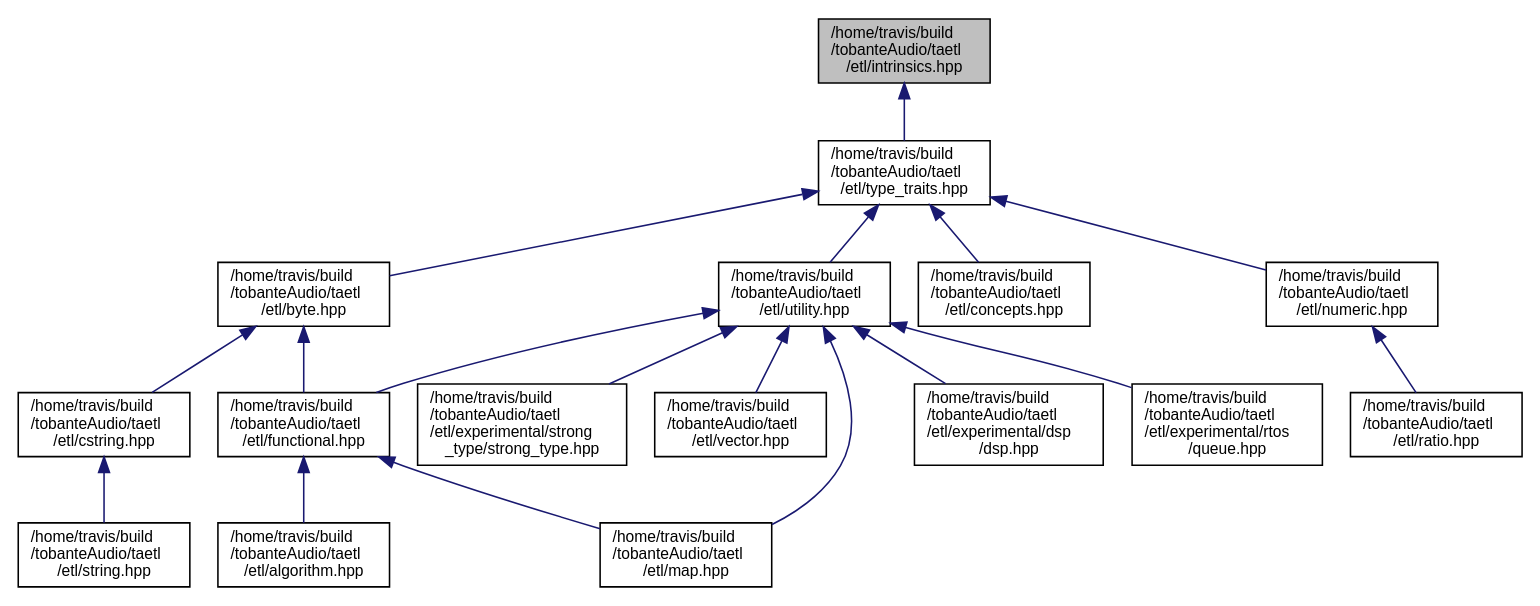
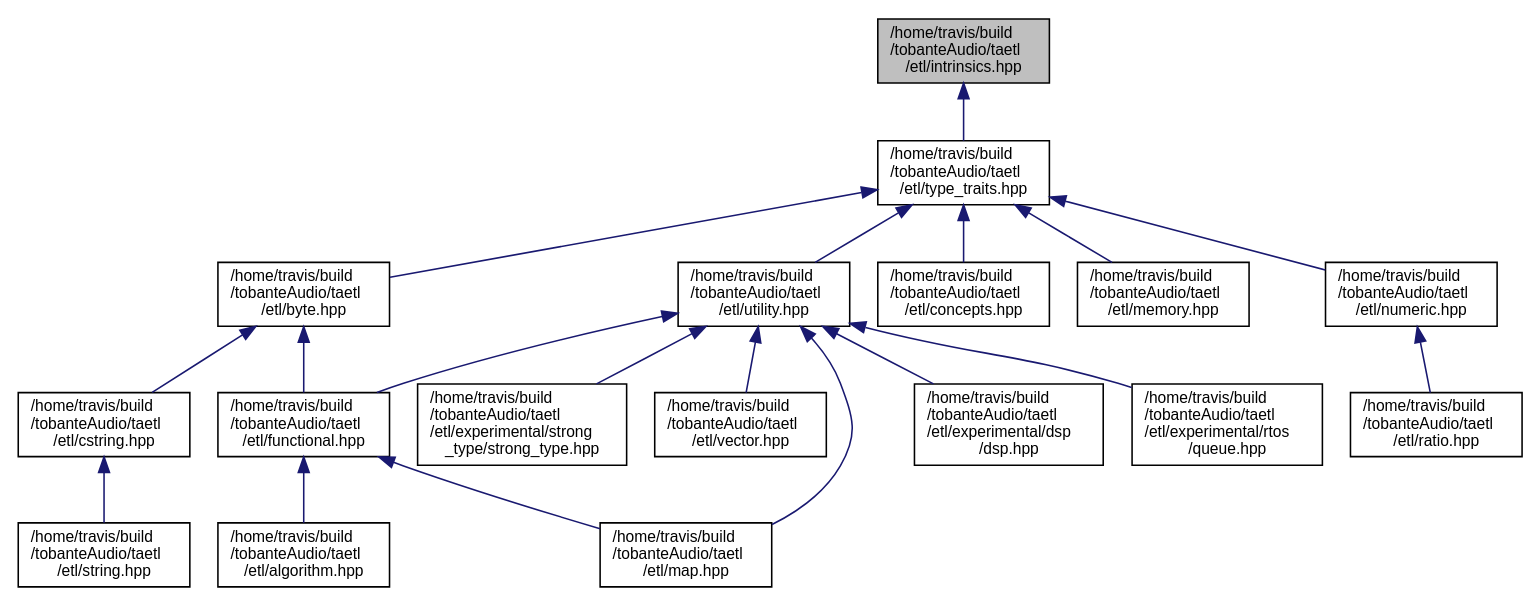
The diagram in intrinsics_8hpp__dep__incl.dot (tobanteAudio/taetl), drawn with Graphviz before and after one commit. The commit also changed 113 other files, not shown here.

Commit message:
Deploy tobanteAudio/taetl to github.com/tobanteAudio/taetl.git:gh-pages

```diff
--- a/intrinsics_8hpp__dep__incl.dot
+++ b/intrinsics_8hpp__dep__incl.dot
@@ -1,38 +1,40 @@
 digraph "/home/travis/build/tobanteAudio/taetl/etl/intrinsics.hpp"
 {
   edge [fontname="Helvetica",fontsize="10",labelfontname="Helvetica",labelfontsize="10"];
   node [fontname="Helvetica",fontsize="10",shape=record];
   Node1 [label="/home/travis/build\l/tobanteAudio/taetl\l/etl/intrinsics.hpp",height=0.2,width=0.4,color="black", fillcolor="grey75", style="filled", fontcolor="black"];
   Node1 -> Node2 [dir="back",color="midnightblue",fontsize="10",style="solid",fontname="Helvetica"];
   Node2 [label="/home/travis/build\l/tobanteAudio/taetl\l/etl/type_traits.hpp",height=0.2,width=0.4,color="black", fillcolor="white", style="filled",URL="$type__traits_8hpp.html"];
   Node2 -> Node3 [dir="back",color="midnightblue",fontsize="10",style="solid",fontname="Helvetica"];
   Node3 [label="/home/travis/build\l/tobanteAudio/taetl\l/etl/byte.hpp",height=0.2,width=0.4,color="black", fillcolor="white", style="filled",URL="$byte_8hpp.html"];
   Node3 -> Node4 [dir="back",color="midnightblue",fontsize="10",style="solid",fontname="Helvetica"];
   Node4 [label="/home/travis/build\l/tobanteAudio/taetl\l/etl/functional.hpp",height=0.2,width=0.4,color="black", fillcolor="white", style="filled",URL="$functional_8hpp.html"];
   Node4 -> Node5 [dir="back",color="midnightblue",fontsize="10",style="solid",fontname="Helvetica"];
   Node5 [label="/home/travis/build\l/tobanteAudio/taetl\l/etl/algorithm.hpp",height=0.2,width=0.4,color="black", fillcolor="white", style="filled",URL="$algorithm_8hpp.html"];
   Node4 -> Node6 [dir="back",color="midnightblue",fontsize="10",style="solid",fontname="Helvetica"];
   Node6 [label="/home/travis/build\l/tobanteAudio/taetl\l/etl/map.hpp",height=0.2,width=0.4,color="black", fillcolor="white", style="filled",URL="$map_8hpp.html"];
   Node3 -> Node7 [dir="back",color="midnightblue",fontsize="10",style="solid",fontname="Helvetica"];
   Node7 [label="/home/travis/build\l/tobanteAudio/taetl\l/etl/cstring.hpp",height=0.2,width=0.4,color="black", fillcolor="white", style="filled",URL="$cstring_8hpp.html"];
   Node7 -> Node8 [dir="back",color="midnightblue",fontsize="10",style="solid",fontname="Helvetica"];
   Node8 [label="/home/travis/build\l/tobanteAudio/taetl\l/etl/string.hpp",height=0.2,width=0.4,color="black", fillcolor="white", style="filled",URL="$string_8hpp.html"];
   Node2 -> Node9 [dir="back",color="midnightblue",fontsize="10",style="solid",fontname="Helvetica"];
   Node9 [label="/home/travis/build\l/tobanteAudio/taetl\l/etl/utility.hpp",height=0.2,width=0.4,color="black", fillcolor="white", style="filled",URL="$utility_8hpp.html"];
   Node9 -> Node4 [dir="back",color="midnightblue",fontsize="10",style="solid",fontname="Helvetica"];
   Node9 -> Node10 [dir="back",color="midnightblue",fontsize="10",style="solid",fontname="Helvetica"];
   Node10 [label="/home/travis/build\l/tobanteAudio/taetl\l/etl/experimental/dsp\l/dsp.hpp",height=0.2,width=0.4,color="black", fillcolor="white", style="filled",URL="$dsp_8hpp.html"];
   Node9 -> Node11 [dir="back",color="midnightblue",fontsize="10",style="solid",fontname="Helvetica"];
   Node11 [label="/home/travis/build\l/tobanteAudio/taetl\l/etl/experimental/rtos\l/queue.hpp",height=0.2,width=0.4,color="black", fillcolor="white", style="filled",URL="$queue_8hpp.html"];
   Node9 -> Node12 [dir="back",color="midnightblue",fontsize="10",style="solid",fontname="Helvetica"];
   Node12 [label="/home/travis/build\l/tobanteAudio/taetl\l/etl/experimental/strong\l_type/strong_type.hpp",height=0.2,width=0.4,color="black", fillcolor="white", style="filled",URL="$strong__type_8hpp.html"];
   Node9 -> Node6 [dir="back",color="midnightblue",fontsize="10",style="solid",fontname="Helvetica"];
   Node9 -> Node13 [dir="back",color="midnightblue",fontsize="10",style="solid",fontname="Helvetica"];
   Node13 [label="/home/travis/build\l/tobanteAudio/taetl\l/etl/vector.hpp",height=0.2,width=0.4,color="black", fillcolor="white", style="filled",URL="$vector_8hpp.html"];
   Node2 -> Node14 [dir="back",color="midnightblue",fontsize="10",style="solid",fontname="Helvetica"];
   Node14 [label="/home/travis/build\l/tobanteAudio/taetl\l/etl/concepts.hpp",height=0.2,width=0.4,color="black", fillcolor="white", style="filled",URL="$concepts_8hpp.html"];
   Node2 -> Node15 [dir="back",color="midnightblue",fontsize="10",style="solid",fontname="Helvetica"];
-  Node15 [label="/home/travis/build\l/tobanteAudio/taetl\l/etl/numeric.hpp",height=0.2,width=0.4,color="black", fillcolor="white", style="filled",URL="$numeric_8hpp.html"];
-  Node15 -> Node16 [dir="back",color="midnightblue",fontsize="10",style="solid",fontname="Helvetica"];
-  Node16 [label="/home/travis/build\l/tobanteAudio/taetl\l/etl/ratio.hpp",height=0.2,width=0.4,color="black", fillcolor="white", style="filled",URL="$ratio_8hpp.html"];
+  Node15 [label="/home/travis/build\l/tobanteAudio/taetl\l/etl/memory.hpp",height=0.2,width=0.4,color="black", fillcolor="white", style="filled",URL="$memory_8hpp.html"];
+  Node2 -> Node16 [dir="back",color="midnightblue",fontsize="10",style="solid",fontname="Helvetica"];
+  Node16 [label="/home/travis/build\l/tobanteAudio/taetl\l/etl/numeric.hpp",height=0.2,width=0.4,color="black", fillcolor="white", style="filled",URL="$numeric_8hpp.html"];
+  Node16 -> Node17 [dir="back",color="midnightblue",fontsize="10",style="solid",fontname="Helvetica"];
+  Node17 [label="/home/travis/build\l/tobanteAudio/taetl\l/etl/ratio.hpp",height=0.2,width=0.4,color="black", fillcolor="white", style="filled",URL="$ratio_8hpp.html"];
 }
```
